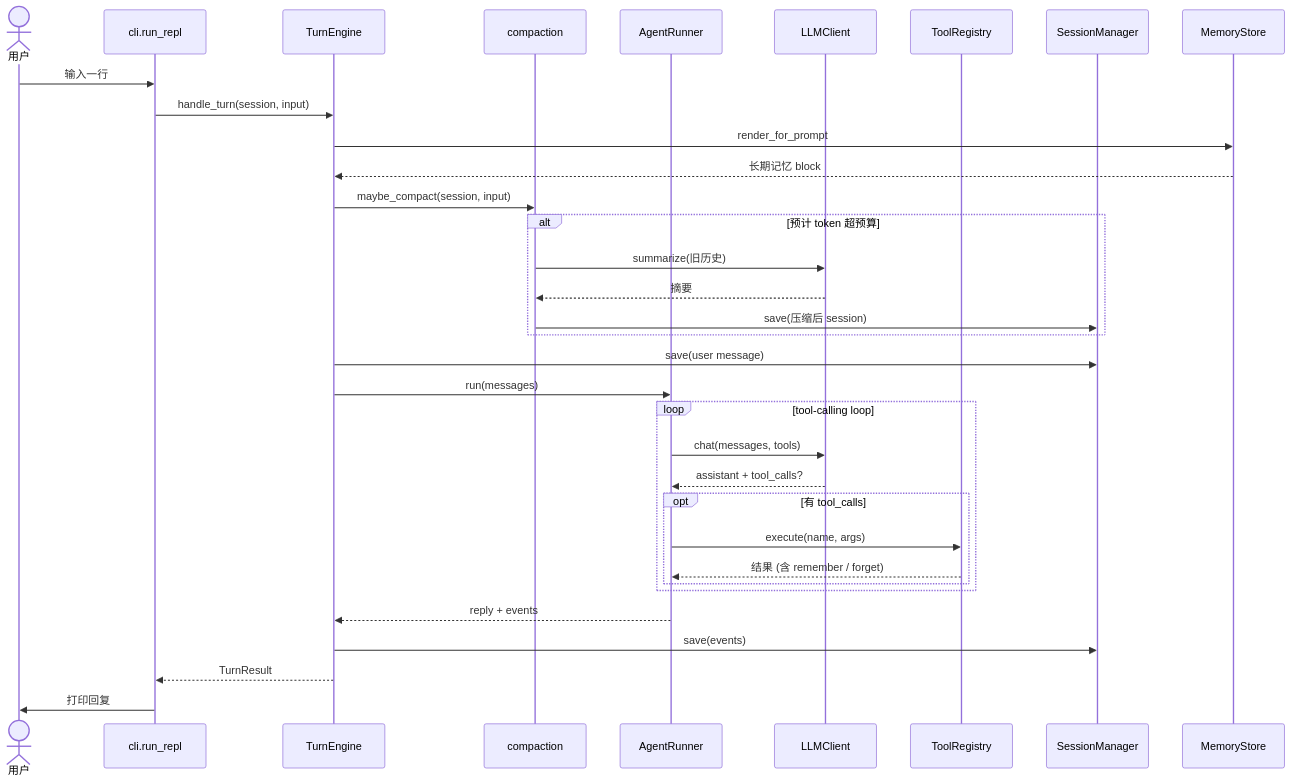
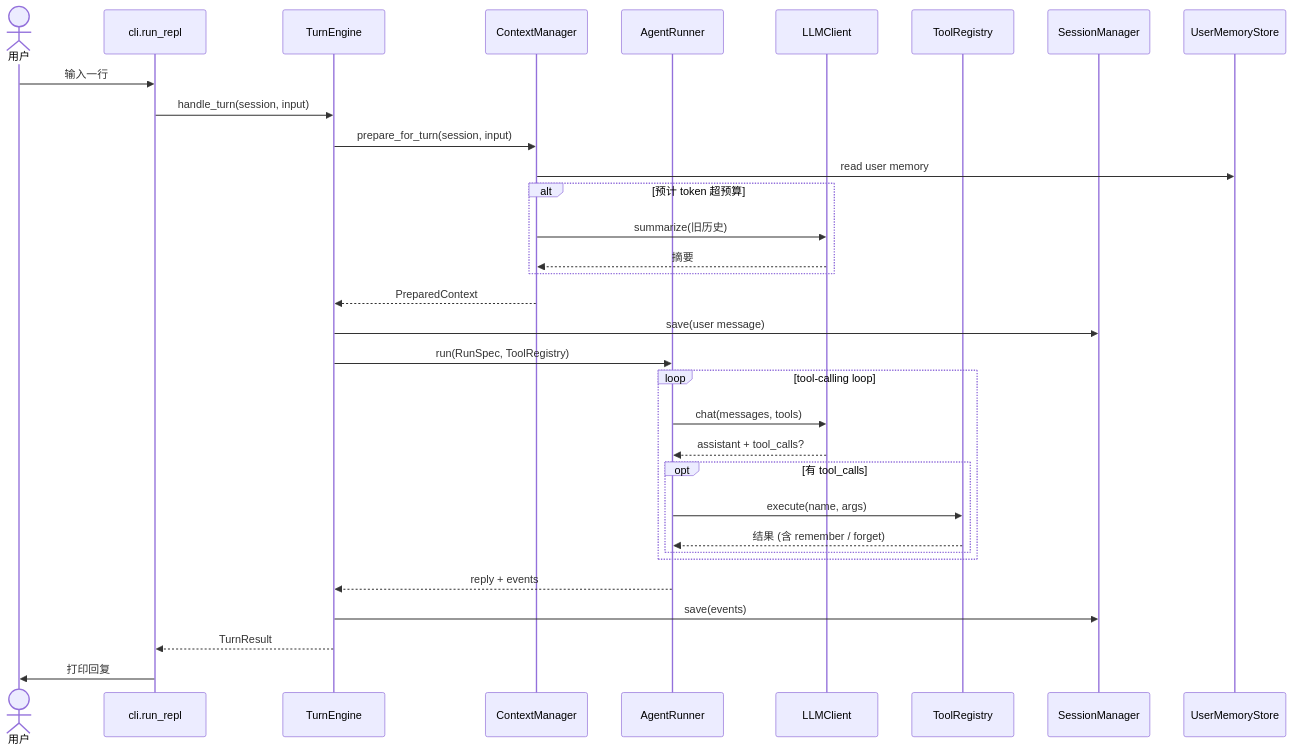
The second of 2 diagrams in README.md (Jiminyang1/minibot), drawn with Mermaid before and after one commit. The commit also changed other lines of this file and 17 other files, not shown here.

Commit message:
Refactor runtime context flow and rename core modules

````diff
--- a/README.md
+++ b/README.md
@@ -123,42 +118,40 @@
 ```mermaid
 sequenceDiagram
     actor User as 用户
     participant CLI as cli.run_repl
     participant Engine as TurnEngine
-    participant Compact as compaction
+    participant Context as ContextManager
     participant Runner as AgentRunner
     participant LLM as LLMClient
     participant Tools as ToolRegistry
     participant SM as SessionManager
-    participant MS as MemoryStore
+    participant MS as UserMemoryStore
 
     User->>CLI: 输入一行
     CLI->>Engine: handle_turn(session, input)
 
-    Engine->>MS: render_for_prompt
-    MS-->>Engine: 长期记忆 block
-
-    Engine->>Compact: maybe_compact(session, input)
+    Engine->>Context: prepare_for_turn(session, input)
+    Context->>MS: read user memory
     alt 预计 token 超预算
-        Compact->>LLM: summarize(旧历史)
-        LLM-->>Compact: 摘要
-        Compact->>SM: save(压缩后 session)
+        Context->>LLM: summarize(旧历史)
+        LLM-->>Context: 摘要
     end
+    Context-->>Engine: PreparedContext
 
     Engine->>SM: save(user message)
-    Engine->>Runner: run(messages)
+    Engine->>Runner: run(RunSpec, ToolRegistry)
 
     loop tool-calling loop
         Runner->>LLM: chat(messages, tools)
         LLM-->>Runner: assistant + tool_calls?
         opt 有 tool_calls
             Runner->>Tools: execute(name, args)
             Tools-->>Runner: 结果 (含 remember / forget)
         end
     end
 
     Runner-->>Engine: reply + events
     Engine->>SM: save(events)
     Engine-->>CLI: TurnResult
     CLI->>User: 打印回复
 ```
````
